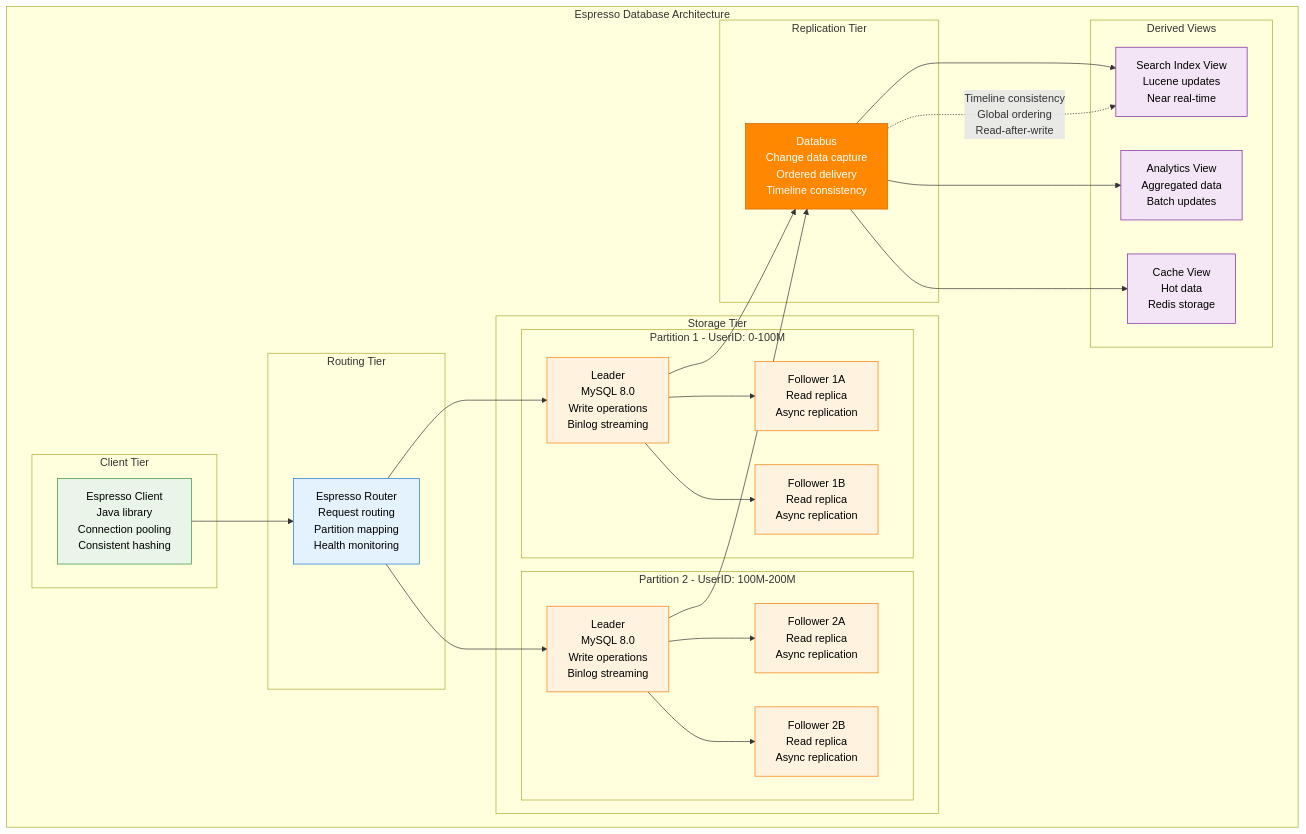
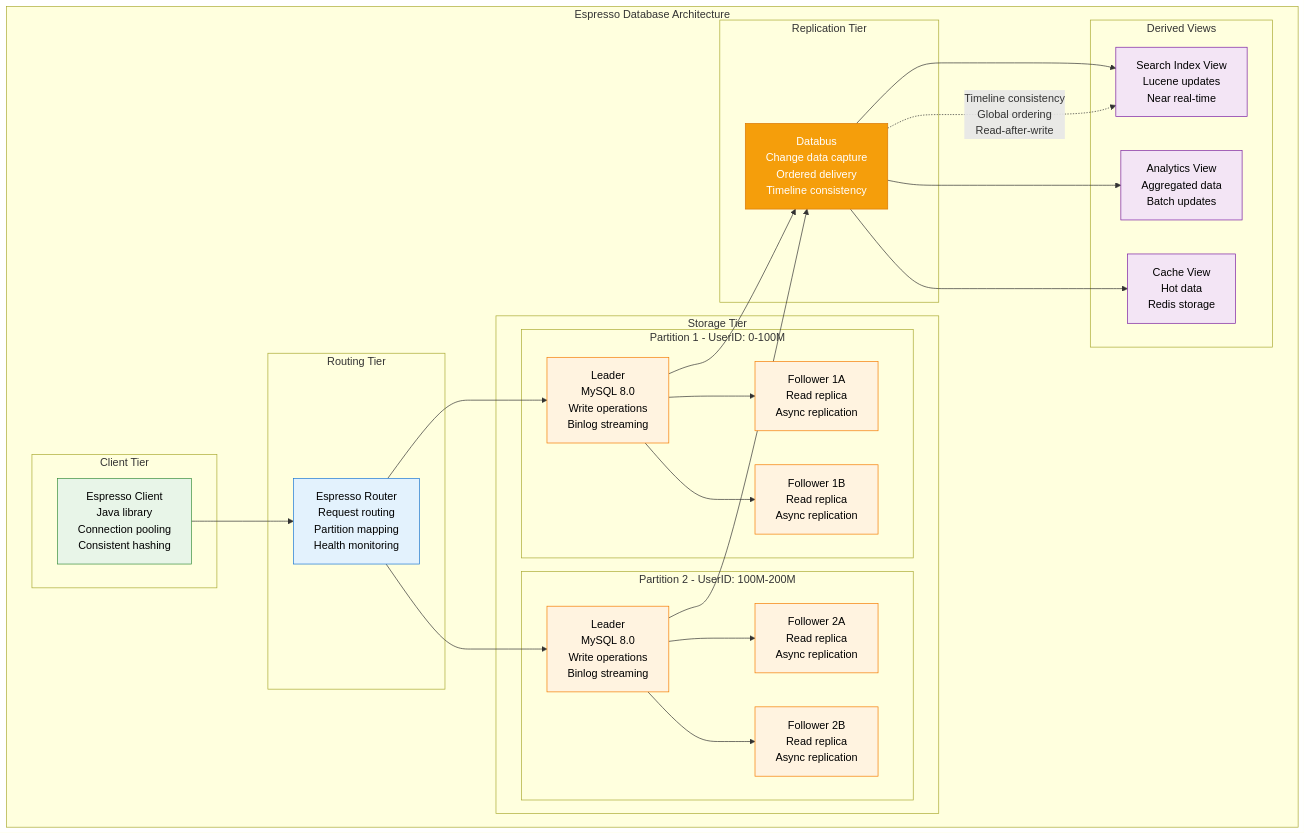
Before and after one commit to deepaucksharma/DS: the fifth of 11 diagrams in site/docs/systems/linkedin/novel-solutions.md, drawn with Mermaid. The commit also changed other lines of this file and 303 other files, not shown here.

````diff
--- a/site/docs/systems/linkedin/novel-solutions.md
+++ b/site/docs/systems/linkedin/novel-solutions.md
@@ -209,67 +209,67 @@
 ```mermaid
 graph TB
     subgraph EspressoArchitecture[Espresso Database Architecture]
         subgraph ClientTier[Client Tier]
             ESP_CLIENT[Espresso Client<br/>Java library<br/>Connection pooling<br/>Consistent hashing]
         end
 
         subgraph RoutingTier[Routing Tier]
             ESP_ROUTER[Espresso Router<br/>Request routing<br/>Partition mapping<br/>Health monitoring]
         end
 
         subgraph StorageTier[Storage Tier]
             subgraph Partition1[Partition 1 - UserID: 0-100M]
                 LEADER1[Leader<br/>MySQL 8.0<br/>Write operations<br/>Binlog streaming]
                 FOLLOWER1A[Follower 1A<br/>Read replica<br/>Async replication]
                 FOLLOWER1B[Follower 1B<br/>Read replica<br/>Async replication]
             end
 
             subgraph Partition2[Partition 2 - UserID: 100M-200M]
                 LEADER2[Leader<br/>MySQL 8.0<br/>Write operations<br/>Binlog streaming]
                 FOLLOWER2A[Follower 2A<br/>Read replica<br/>Async replication]
                 FOLLOWER2B[Follower 2B<br/>Read replica<br/>Async replication]
             end
         end
 
         subgraph ReplicationTier[Replication Tier]
             DATABUS[Databus<br/>Change data capture<br/>Ordered delivery<br/>Timeline consistency]
         end
 
         subgraph DerivedViews[Derived Views]
             SEARCH_VIEW[Search Index View<br/>Lucene updates<br/>Near real-time]
             ANALYTICS_VIEW[Analytics View<br/>Aggregated data<br/>Batch updates]
             CACHE_VIEW[Cache View<br/>Hot data<br/>Redis storage]
         end
     end
 
     ESP_CLIENT --> ESP_ROUTER
     ESP_ROUTER --> LEADER1
     ESP_ROUTER --> LEADER2
 
     LEADER1 --> FOLLOWER1A
     LEADER1 --> FOLLOWER1B
     LEADER2 --> FOLLOWER2A
     LEADER2 --> FOLLOWER2B
 
     LEADER1 --> DATABUS
     LEADER2 --> DATABUS
 
     DATABUS --> SEARCH_VIEW
     DATABUS --> ANALYTICS_VIEW
     DATABUS --> CACHE_VIEW
 
     %% Timeline consistency guarantee
     DATABUS -.->|"Timeline consistency<br/>Global ordering<br/>Read-after-write"| SEARCH_VIEW
 
     classDef clientStyle fill:#E8F5E8,stroke:#388E3C,color:#000
     classDef routingStyle fill:#E3F2FD,stroke:#1976D2,color:#000
     classDef storageStyle fill:#FFF3E0,stroke:#F57C00,color:#000
-    classDef replicationStyle fill:#FF8800,stroke:#CC6600,color:#fff
+    classDef replicationStyle fill:#F59E0B,stroke:#D97706,color:#fff
     classDef viewStyle fill:#F3E5F5,stroke:#7B1FA2,color:#000
 
     class ESP_CLIENT clientStyle
     class ESP_ROUTER routingStyle
     class LEADER1,LEADER2,FOLLOWER1A,FOLLOWER1B,FOLLOWER2A,FOLLOWER2B storageStyle
     class DATABUS replicationStyle
     class SEARCH_VIEW,ANALYTICS_VIEW,CACHE_VIEW viewStyle
 ```
````
